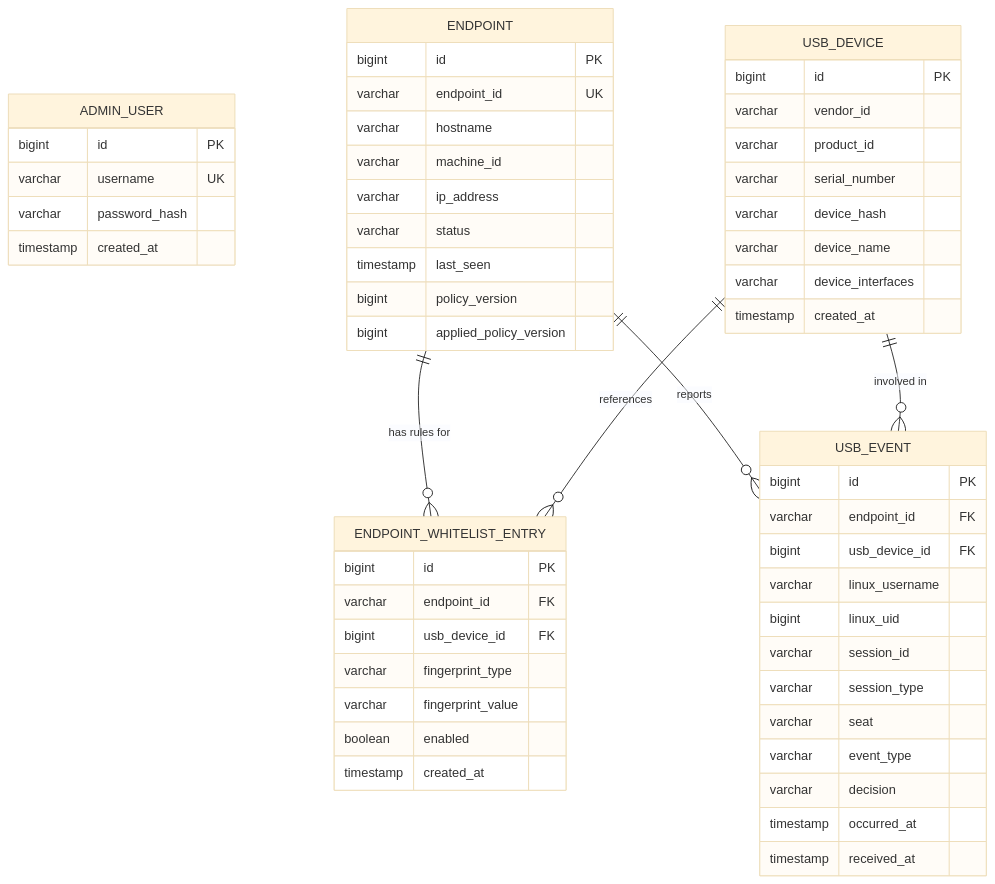
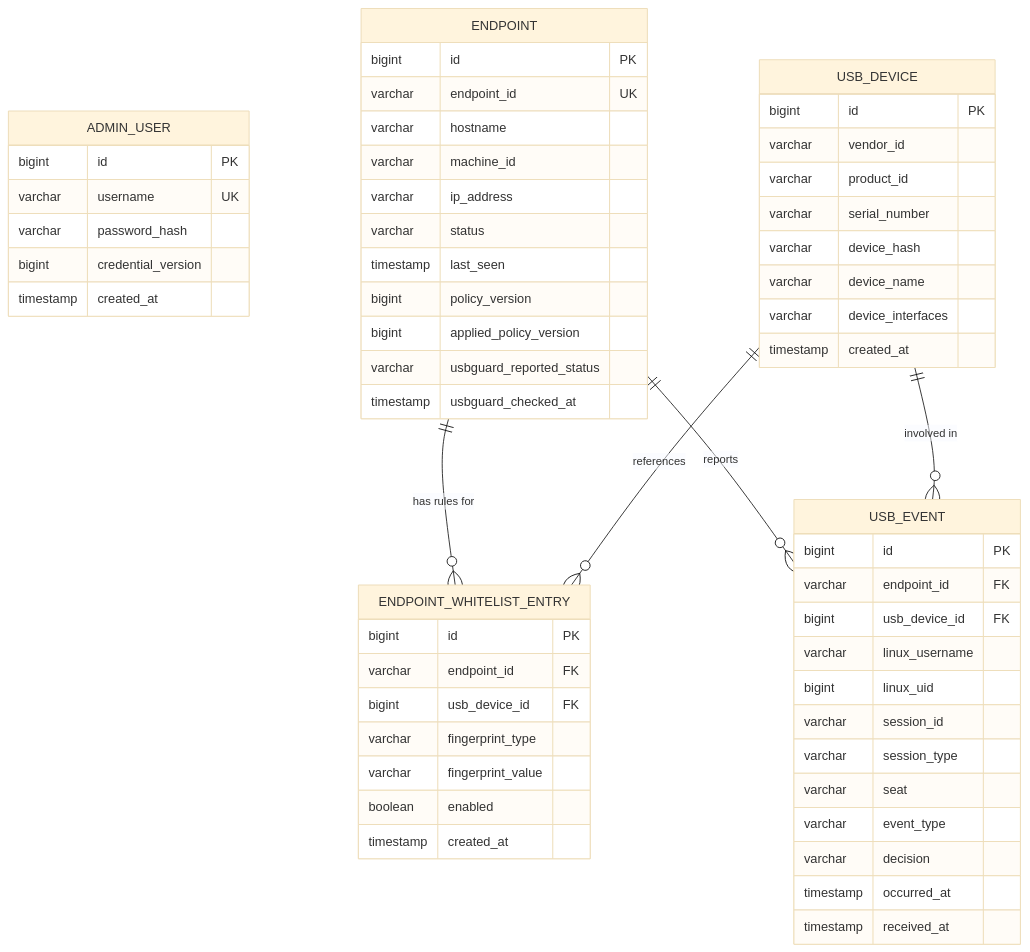
One commit to chivan2925/USBProtection changed the second of 2 diagrams in docs/ARCHITECTURE.md. Above: the diagram before and after it, drawn with Mermaid (base theme). The commit also changed other lines of this file and 13 other files, not shown here.

````diff
--- a/docs/ARCHITECTURE.md
+++ b/docs/ARCHITECTURE.md
@@ -96,62 +117,65 @@
 ```mermaid
 erDiagram
     ADMIN_USER {
         bigint id PK
         varchar username UK
         varchar password_hash
+        bigint credential_version
         timestamp created_at
     }
 
     ENDPOINT {
         bigint id PK
         varchar endpoint_id UK
         varchar hostname
         varchar machine_id
         varchar ip_address
         varchar status
         timestamp last_seen
         bigint policy_version
         bigint applied_policy_version
+        varchar usbguard_reported_status
+        timestamp usbguard_checked_at
     }
 
     USB_DEVICE {
         bigint id PK
         varchar vendor_id
         varchar product_id
         varchar serial_number
         varchar device_hash
         varchar device_name
         varchar device_interfaces
         timestamp created_at
     }
 
     ENDPOINT_WHITELIST_ENTRY {
         bigint id PK
         varchar endpoint_id FK
         bigint usb_device_id FK
         varchar fingerprint_type
         varchar fingerprint_value
         boolean enabled
         timestamp created_at
     }
 
     USB_EVENT {
         bigint id PK
         varchar endpoint_id FK
         bigint usb_device_id FK
         varchar linux_username
         bigint linux_uid
         varchar session_id
         varchar session_type
         varchar seat
         varchar event_type
         varchar decision
         timestamp occurred_at
         timestamp received_at
     }
 
     ENDPOINT ||--o{ ENDPOINT_WHITELIST_ENTRY : "has rules for"
     USB_DEVICE ||--o{ ENDPOINT_WHITELIST_ENTRY : "references"
     ENDPOINT ||--o{ USB_EVENT : "reports"
     USB_DEVICE ||--o{ USB_EVENT : "involved in"
 ```
````
